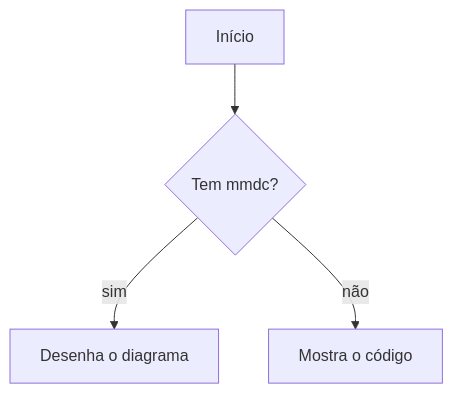
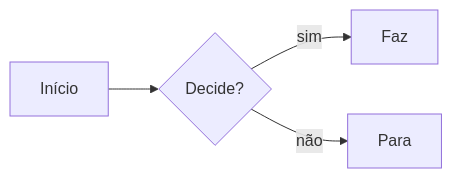
Before and after one commit to flisbao/mdv: the first of 3 diagrams in samples/mermaid.md, drawn with Mermaid. The commit also changed other lines of this file, not shown here.

Commit message:
docs: amostra de diagramas Mermaid

````diff
--- a/samples/mermaid.md
+++ b/samples/mermaid.md
@@ -6,6 +5,6 @@
 ```mermaid
-graph TD
-    A[Início] --> B{Tem mmdc?}
-    B -->|sim| C[Desenha o diagrama]
-    B -->|não| D[Mostra o código]
+flowchart LR
+  A[Início] --> B{Decide?}
+  B -->|sim| C[Faz]
+  B -->|não| D[Para]
 ```
````
